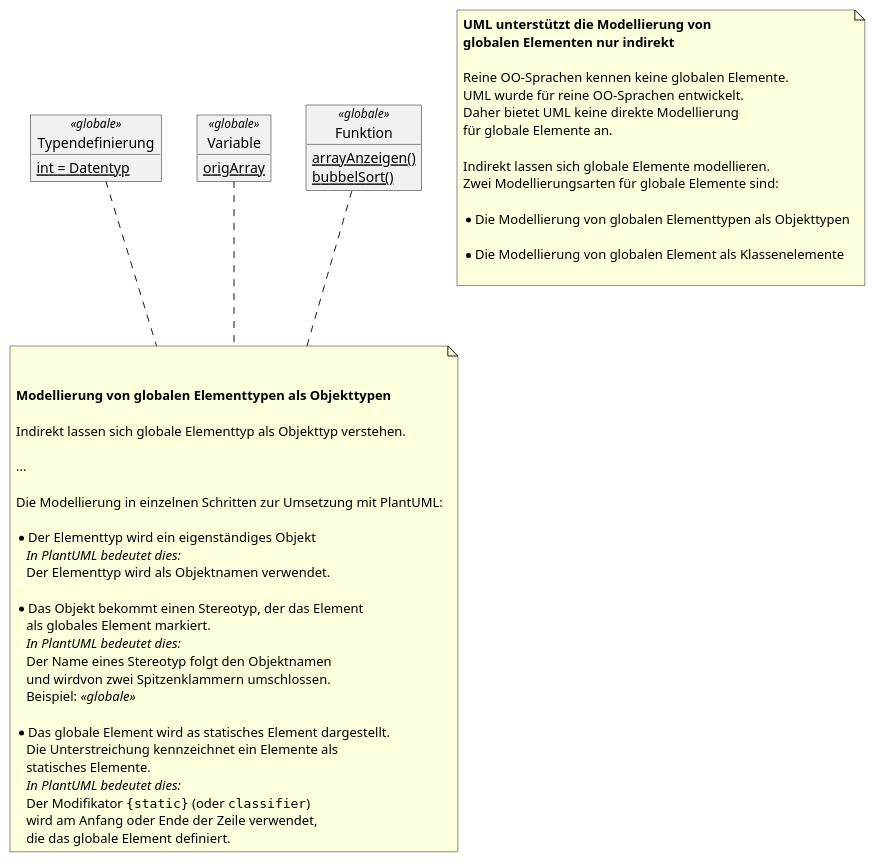
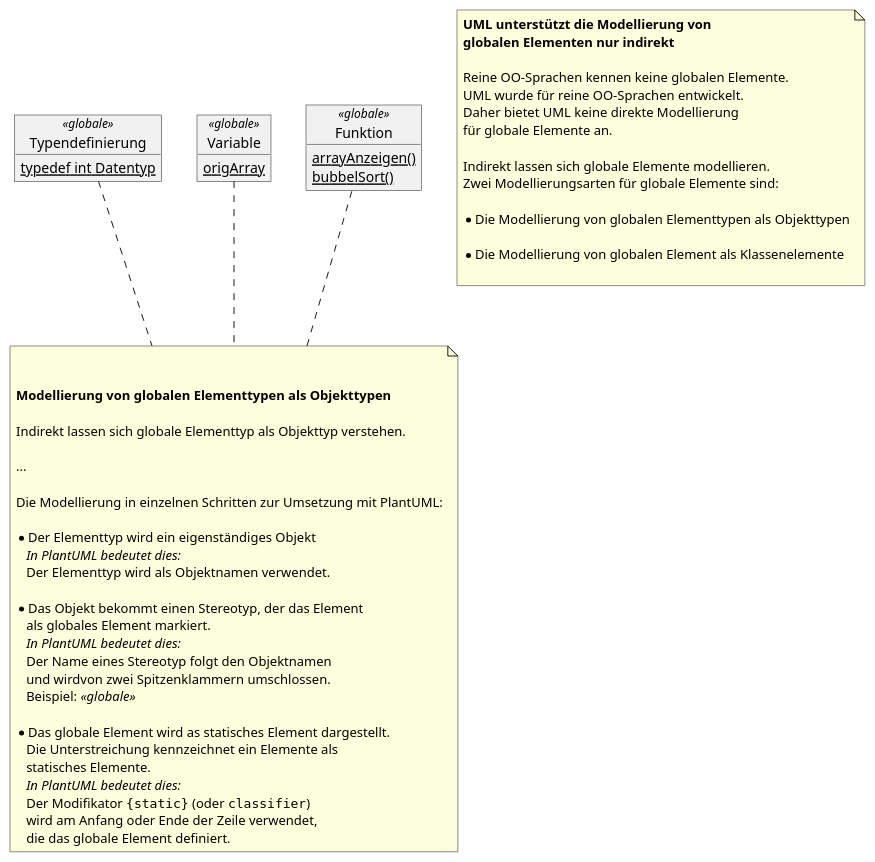
The diagram in cpp-basics/Sortieren/SortierAlgoVergleich/doc/skills/uml/UML--Denote-each-global-elementtyp-as-an-objecttyp.puml (msg-azubi/bws), drawn with PlantUML before and after one commit. The commit also changed 10 other files, not shown here.

```diff
--- a/cpp-basics/Sortieren/SortierAlgoVergleich/doc/skills/uml/UML--Denote-each-global-elementtyp-as-an-objecttyp.puml
+++ b/cpp-basics/Sortieren/SortierAlgoVergleich/doc/skills/uml/UML--Denote-each-global-elementtyp-as-an-objecttyp.puml
@@ -1,76 +1,76 @@
 @startuml
 
 
 
 
 object  Typendefinierung <<globale>> {
-   {static} int = Datentyp
+   {static} typedef int Datentyp
 }
 
 
 object  Variable <<globale>> {
     {static} origArray
 }
 
 object Funktion  <<globale>> {
     {static} arrayAnzeigen()
 }
 
  object Funktion  <<globale>>  {
     {static} bubbelSort()
 }
 
 note  as explainModelingOfGlobalElements
 <b>UML unterstützt die Modellierung von </b>
 <b>globalen Elementen nur indirekt</b>
 
 Reine OO-Sprachen kennen keine globalen Elemente.
 UML wurde für reine OO-Sprachen entwickelt.
 Daher bietet UML keine direkte Modellierung
 für globale Elemente an.
 
 Indirekt lassen sich globale Elemente modellieren.
 Zwei Modellierungsarten für globale Elemente sind:
 
 * Die Modellierung von globalen Elementtypen als Objekttypen
 
 * Die Modellierung von globalen Element als Klassenelemente
 
 end note
 
 
 note as explainModelingOfGlobalElementtypsAsObjects
 
 
 <b>Modellierung von globalen Elementtypen als Objekttypen</b>
 
 Indirekt lassen sich globale Elementtyp als Objekttyp verstehen.
 
 ...
 
 Die Modellierung in einzelnen Schritten zur Umsetzung mit PlantUML:
 
 * Der Elementtyp wird ein eigenständiges Objekt
    <i>In PlantUML bedeutet dies:</i>
    Der Elementtyp wird als Objektnamen verwendet.
 
 * Das Objekt bekommt einen Stereotyp, der das Element
    als globales Element markiert.
    <i>In PlantUML bedeutet dies:</i>
    Der Name eines Stereotyp folgt den Objektnamen
    und wirdvon zwei Spitzenklammern umschlossen.
    Beispiel: <i><<globale>></i>
 
 * Das globale Element wird as statisches Element dargestellt.
    Die Unterstreichung kennzeichnet ein Elemente als
    statisches Elemente.
    <i>In PlantUML bedeutet dies:</i>
    Der Modifikator ""{static}"" (oder ""classifier"")
    wird am Anfang oder Ende der Zeile verwendet,
    die das globale Element definiert.
 end note
 
 Typendefinierung .. explainModelingOfGlobalElementtypsAsObjects
 Funktion .. explainModelingOfGlobalElementtypsAsObjects
 Variable .. explainModelingOfGlobalElementtypsAsObjects
 @enduml
```
